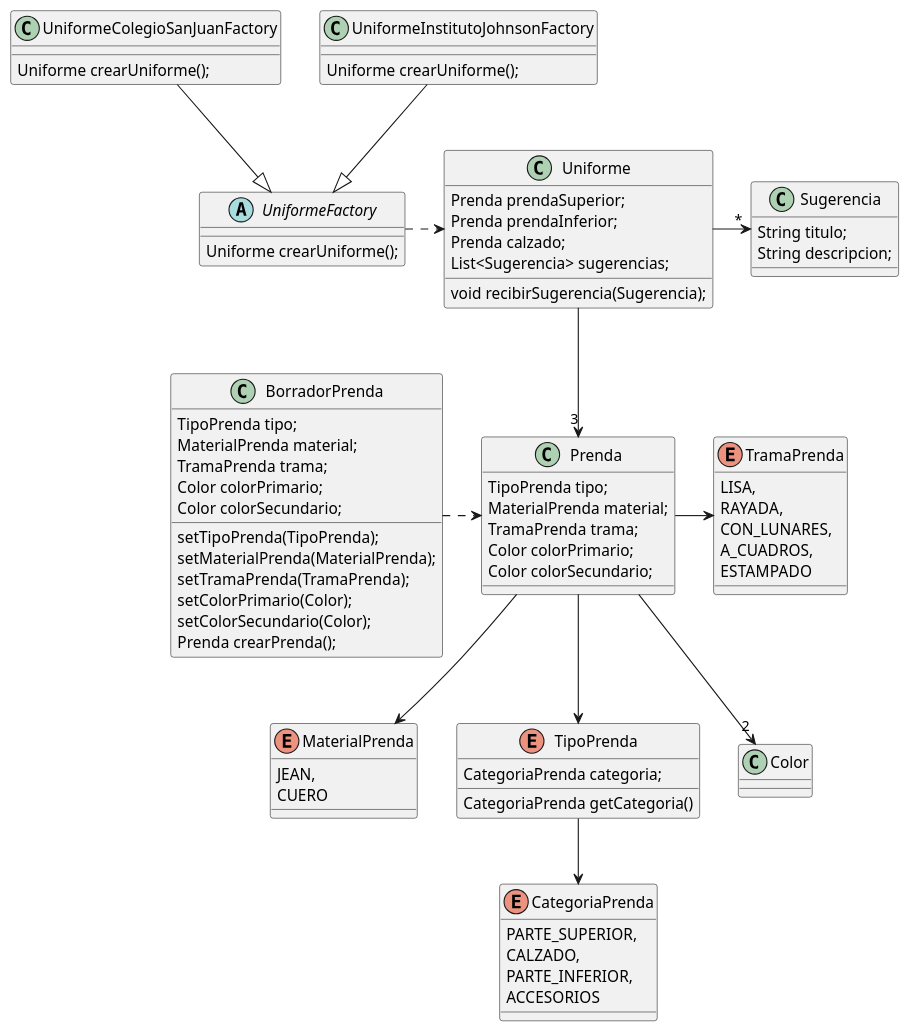
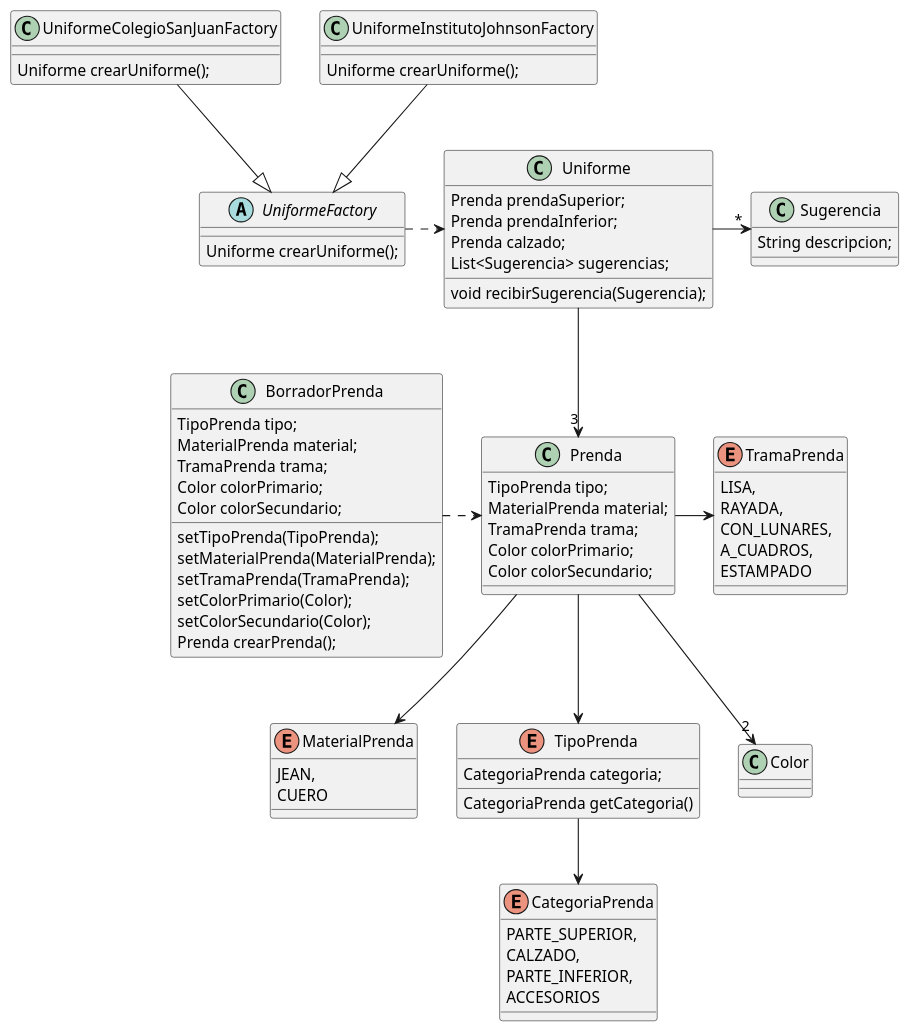
One commit to juanfsc/que-me-pongo changed the diagram in classDiagram/diagram.puml. Above: the diagram before and after it, drawn with PlantUML. The commit also changed 11 other files, not shown here.

```diff
--- a/classDiagram/diagram.puml
+++ b/classDiagram/diagram.puml
@@ -1,81 +1,80 @@
 @startuml
 
 enum MaterialPrenda{
 	JEAN,
 	CUERO
 }
 enum CategoriaPrenda{
 	PARTE_SUPERIOR,
 	CALZADO,
 	PARTE_INFERIOR,
 	ACCESORIOS
 }
 enum TipoPrenda{
 	CategoriaPrenda categoria;
 	CategoriaPrenda getCategoria()
 }
 enum TramaPrenda{
     LISA,
     RAYADA,
     CON_LUNARES,
     A_CUADROS,
     ESTAMPADO
 }
 class Prenda{
 	TipoPrenda tipo;
 	MaterialPrenda material;
 	TramaPrenda trama;
 	Color colorPrimario;
 	Color colorSecundario;
 }
 class BorradorPrenda{
     TipoPrenda tipo;
     MaterialPrenda material;
     TramaPrenda trama;
     Color colorPrimario;
     Color colorSecundario;
     setTipoPrenda(TipoPrenda);
     setMaterialPrenda(MaterialPrenda);
     setTramaPrenda(TramaPrenda);
     setColorPrimario(Color);
     setColorSecundario(Color);
     Prenda crearPrenda();
 }
 class Sugerencia{
-    String titulo;
     String descripcion;
 }
 
 class Uniforme{
     Prenda prendaSuperior;
     Prenda prendaInferior;
     Prenda calzado;
     List<Sugerencia> sugerencias;
     void recibirSugerencia(Sugerencia);
 
 }
 
 abstract UniformeFactory{
     Uniforme crearUniforme();
 
 }
 class UniformeColegioSanJuanFactory {
     Uniforme crearUniforme();
 }
 class UniformeInstitutoJohnsonFactory {
     Uniforme crearUniforme();
 }
 
 
 Prenda --> TipoPrenda
 MaterialPrenda <-up- Prenda
 Prenda -down-> "2" Color
 TipoPrenda --> CategoriaPrenda
 Prenda -> TramaPrenda
 BorradorPrenda .> Prenda
 UniformeFactory .> Uniforme
 Uniforme --> "3" Prenda
 Uniforme -> "*" Sugerencia
 UniformeColegioSanJuanFactory --|> UniformeFactory
 UniformeInstitutoJohnsonFactory --|> UniformeFactory
 @enduml
```
